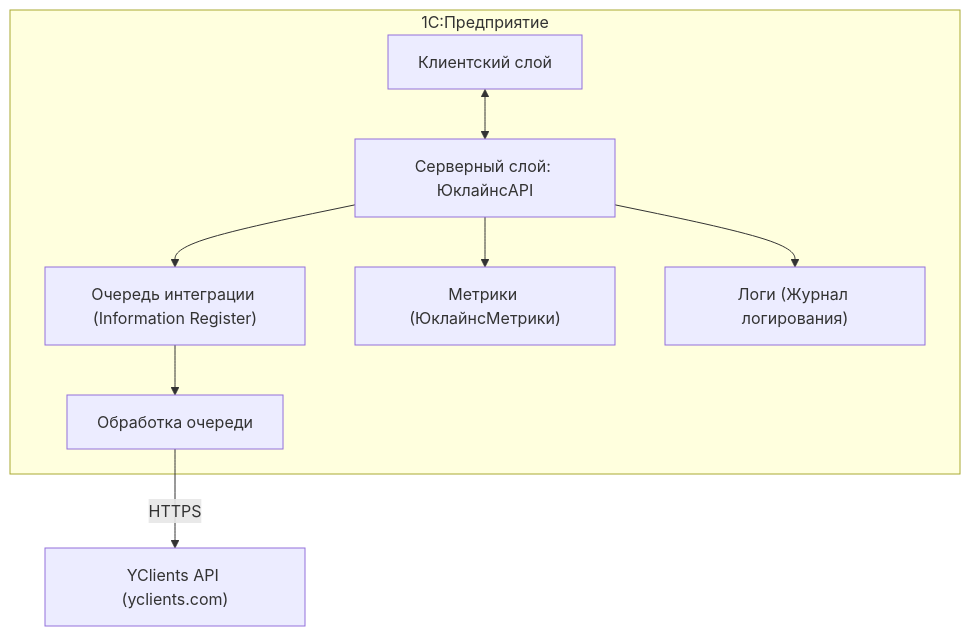
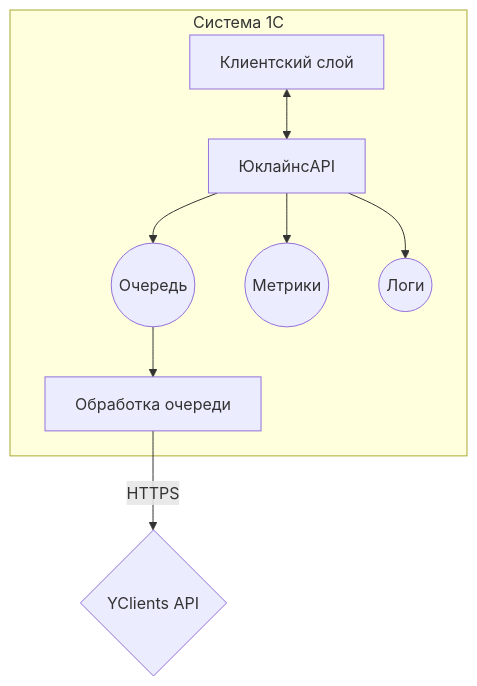
Before and after one commit to Brightontik/ImplementationOfIntegration: the diagram in README.md, drawn with Mermaid.

````diff
--- a/README.md
+++ b/README.md
@@ -54,13 +54,13 @@
 ```mermaid
 graph TD
-    subgraph "1С:Предприятие"
-        UI["Клиентский слой"] <--> SRV["Серверный слой: ЮклайнсAPI"]
-        SRV --> DB_Q["Очередь интеграции (Information Register)"]
-        SRV --> DB_M["Метрики (ЮклайнсМетрики)"]
-        SRV --> DB_L["Логи (Журнал логирования)"]
+    subgraph Enterprise[Система 1С]
+        UI[Клиентский слой] <--> SRV[ЮклайнсAPI]
+        SRV --> DB_Q((Очередь))
+        SRV --> DB_M((Метрики))
+        SRV --> DB_L((Логи))
         
-        DB_Q --> PROC["Обработка очереди"]
+        DB_Q --> PROC[Обработка очереди]
     end
     
-    PROC -- "HTTPS" --> YC["YClients API (yclients.com)"]
+    PROC -- HTTPS --> YC{YClients API}
 ```
````
